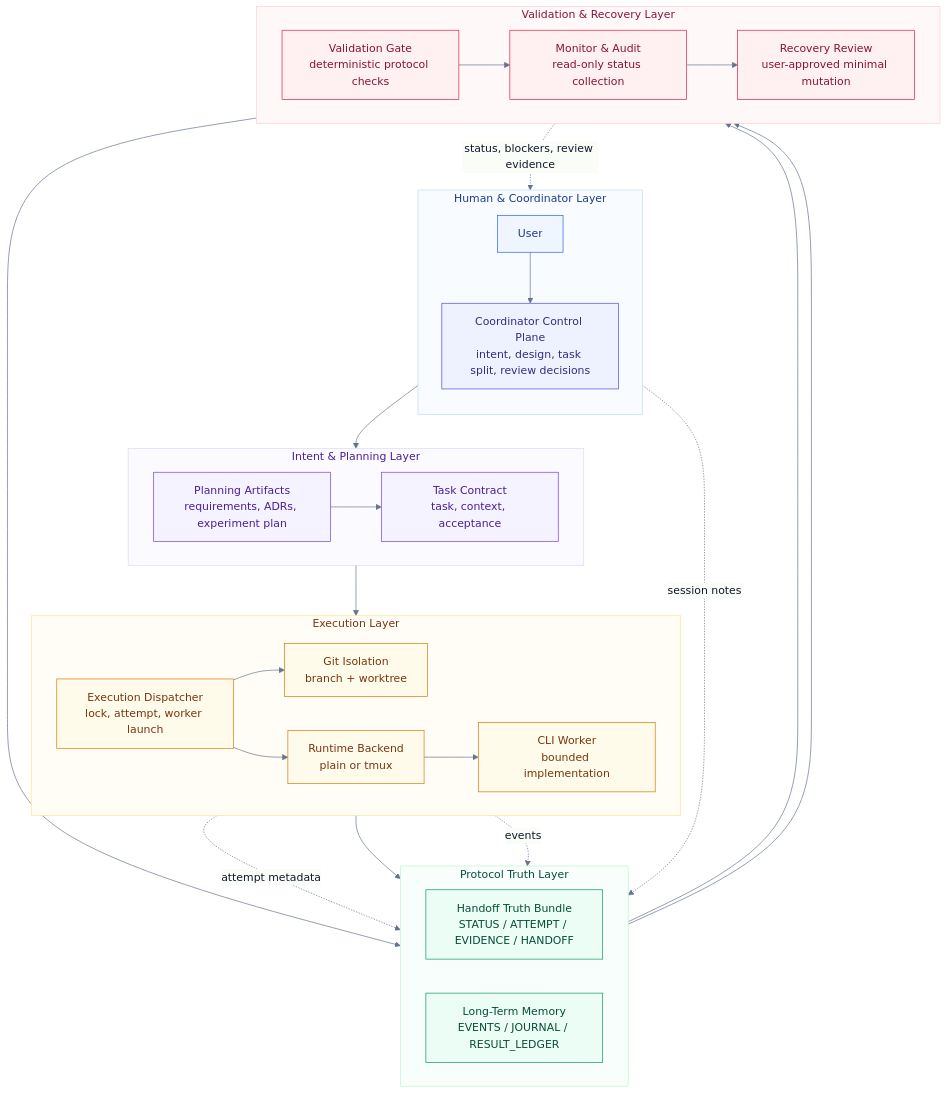
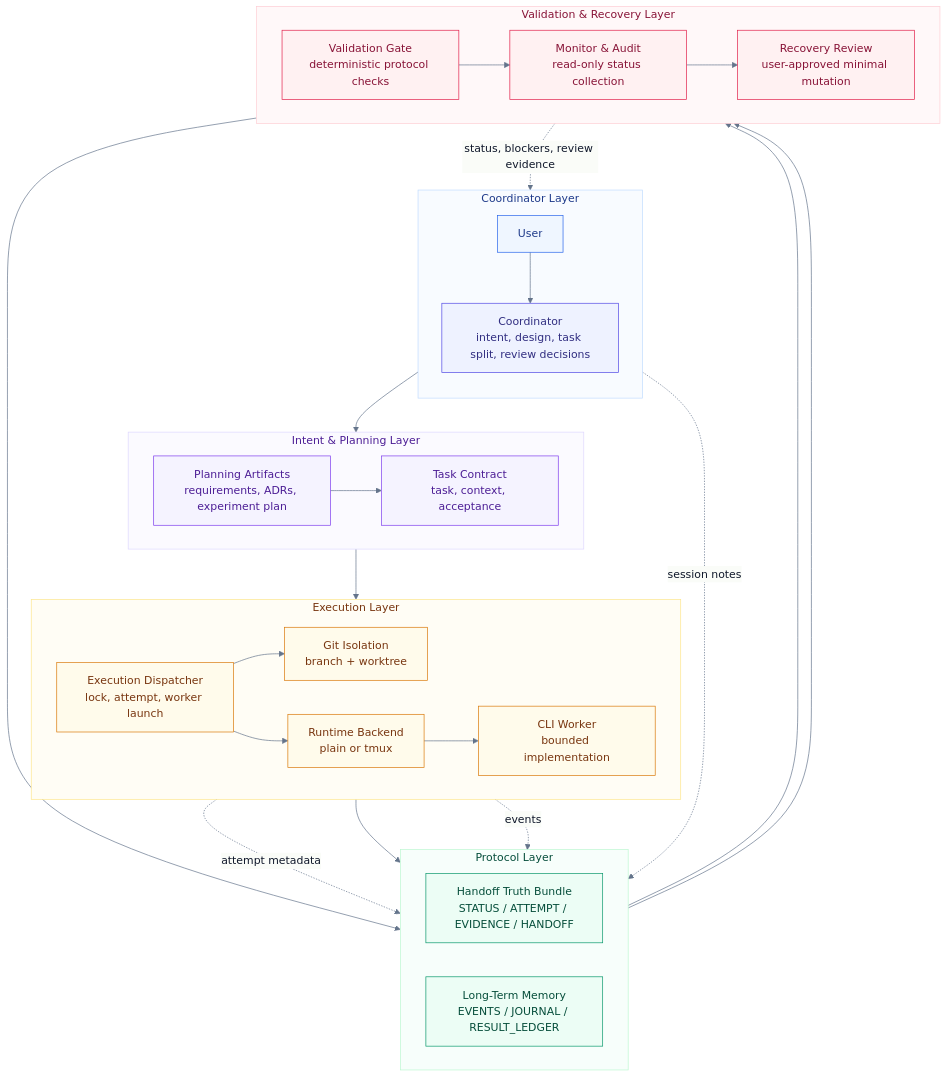
Before and after one commit to LKCY23/research-dev-orchestrator: the first of 2 diagrams in README.md, drawn with Mermaid. The commit also changed other lines of this file, not shown here.

Commit message:
Normalize README architecture layer names

````diff
--- a/README.md
+++ b/README.md
@@ -56,67 +56,67 @@
 ```mermaid
 %%{init: {"theme":"base","themeVariables":{"fontFamily":"Inter, ui-sans-serif, system-ui","primaryColor":"#f8fafc","primaryTextColor":"#0f172a","primaryBorderColor":"#cbd5e1","lineColor":"#64748b","tertiaryColor":"#ffffff"},"flowchart":{"curve":"basis"}}}%%
 flowchart TB
-  subgraph L1["Human & Coordinator Layer"]
+  subgraph L1["Coordinator Layer"]
     direction TB
     U["User"]:::human
-    C["Coordinator Control Plane<br/>intent, design, task split, review decisions"]:::coord
+    C["Coordinator<br/>intent, design, task split, review decisions"]:::coord
     U --> C
   end
 
   subgraph L2["Intent & Planning Layer"]
     direction LR
     P["Planning Artifacts<br/>requirements, ADRs, experiment plan"]:::planning
     T["Task Contract<br/>task, context, acceptance"]:::planning
     P --> T
   end
 
   subgraph L3["Execution Layer"]
     direction LR
     D["Execution Dispatcher<br/>lock, attempt, worker launch"]:::exec
     G["Git Isolation<br/>branch + worktree"]:::exec
     B["Runtime Backend<br/>plain or tmux"]:::exec
     W["CLI Worker<br/>bounded implementation"]:::exec
     D --> G
     D --> B
     B --> W
   end
 
-  subgraph L4["Protocol Truth Layer"]
+  subgraph L4["Protocol Layer"]
     direction LR
     Q["Handoff Truth Bundle<br/>STATUS / ATTEMPT / EVIDENCE / HANDOFF"]:::truth
     M["Long-Term Memory<br/>EVENTS / JOURNAL / RESULT_LEDGER"]:::truth
   end
 
   subgraph L5["Validation & Recovery Layer"]
     direction LR
     V["Validation Gate<br/>deterministic protocol checks"]:::validate
     O["Monitor & Audit<br/>read-only status collection"]:::validate
     R["Recovery Review<br/>user-approved minimal mutation"]:::validate
     V --> O
     O --> R
   end
 
   C --> P
   T --> D
   D -. "attempt metadata" .-> Q
   W --> Q
   C -. "session notes" .-> M
   D -. "events" .-> M
   Q --> V
   M --> O
   O -. "status, blockers, review evidence" .-> C
   R --> M
 
   classDef human fill:#eff6ff,stroke:#2563eb,color:#1e3a8a;
   classDef coord fill:#eef2ff,stroke:#4f46e5,color:#312e81;
   classDef planning fill:#f5f3ff,stroke:#7c3aed,color:#4c1d95;
   classDef exec fill:#fffbeb,stroke:#d97706,color:#78350f;
   classDef truth fill:#ecfdf5,stroke:#059669,color:#064e3b;
   classDef validate fill:#fff1f2,stroke:#e11d48,color:#881337;
 
   style L1 fill:#f8fbff,stroke:#bfdbfe,stroke-width:1px,color:#1e3a8a;
   style L2 fill:#fbfaff,stroke:#ddd6fe,stroke-width:1px,color:#4c1d95;
   style L3 fill:#fffdf5,stroke:#fde68a,stroke-width:1px,color:#78350f;
   style L4 fill:#f7fefb,stroke:#bbf7d0,stroke-width:1px,color:#064e3b;
   style L5 fill:#fff8f9,stroke:#fecdd3,stroke-width:1px,color:#881337;
 ```
````
